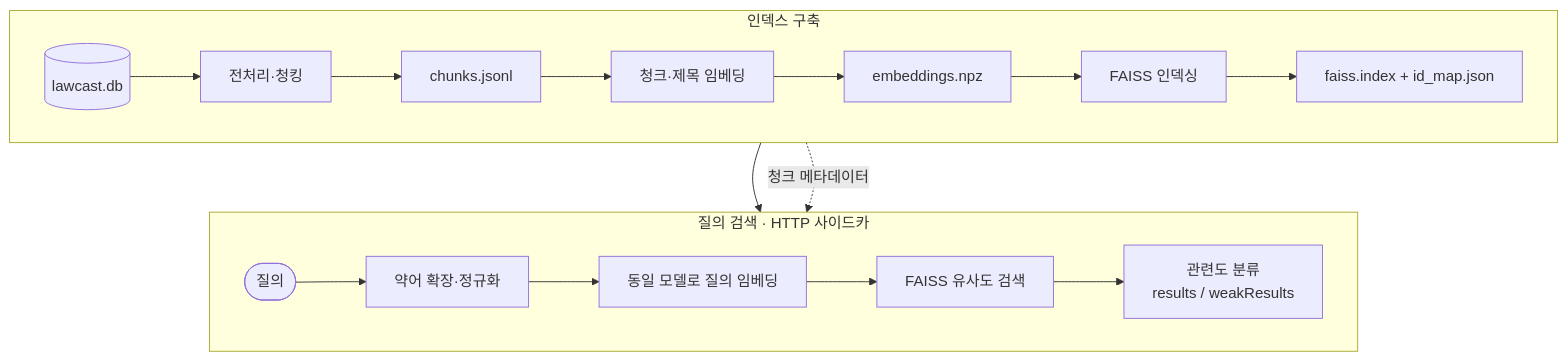
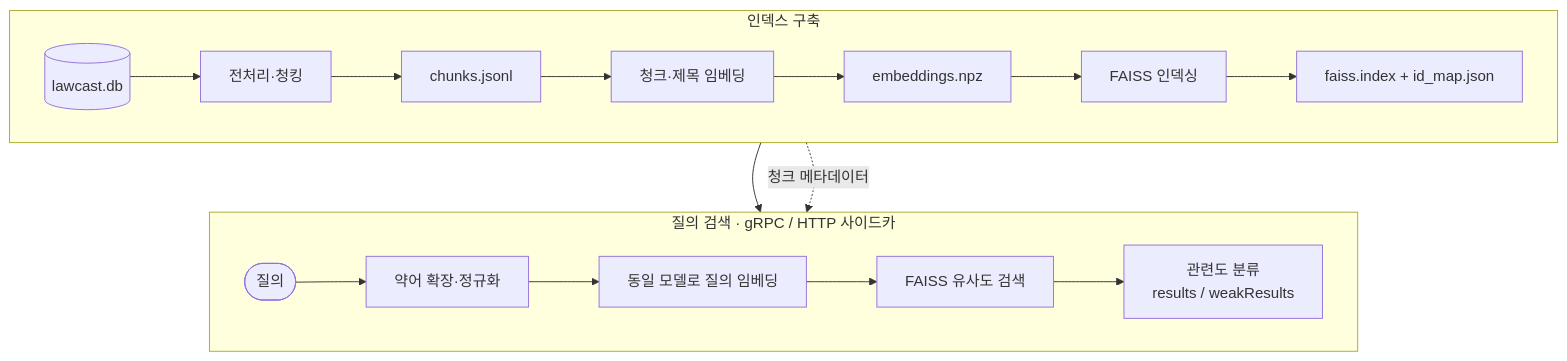
Before and after one commit to vientofactory/semantic-search: the diagram in README.md, drawn with Mermaid. The commit also changed other lines of this file and 20 other files, not shown here.

````diff
--- a/README.md
+++ b/README.md
@@ -9,23 +9,23 @@
 ```mermaid
 flowchart TB
     subgraph indexing["인덱스 구축"]
         direction LR
         db[("lawcast.db")] --> preprocess["전처리·청킹"]
         preprocess --> chunks["chunks.jsonl"]
         chunks --> embed["청크·제목 임베딩"]
         embed --> vectors["embeddings.npz"]
         vectors --> build["FAISS 인덱싱"]
         build --> index["faiss.index + id_map.json"]
     end
 
-    subgraph retrieval["질의 검색 · HTTP 사이드카"]
+    subgraph retrieval["질의 검색 · gRPC / HTTP 사이드카"]
         direction LR
         query(["질의"]) --> aliases["약어 확장·정규화"]
         aliases --> queryEmbed["동일 모델로 질의 임베딩"]
         queryEmbed --> search["FAISS 유사도 검색"]
         search --> results["관련도 분류<br/>results / weakResults"]
     end
 
     index --> search
     chunks -.->|청크 메타데이터| search
 ```
````
